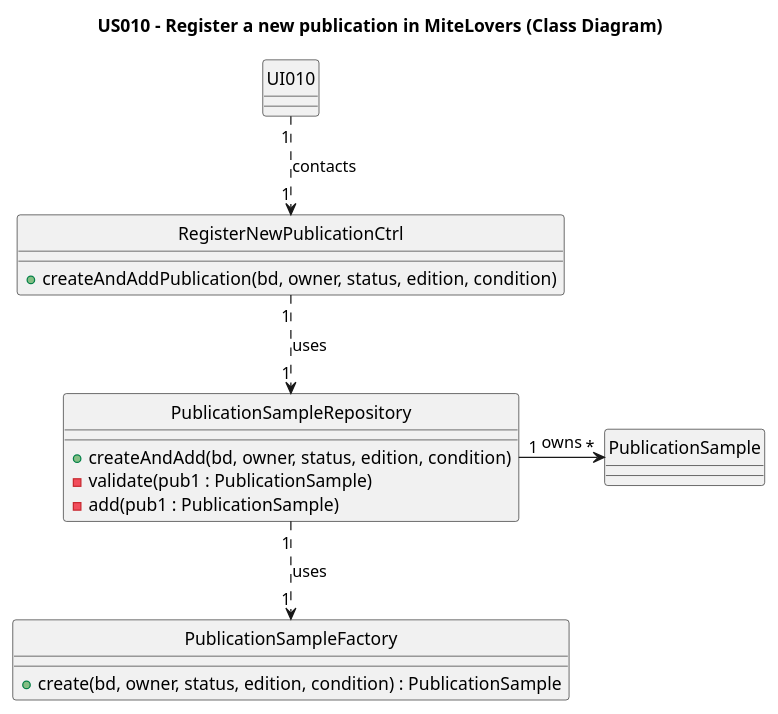
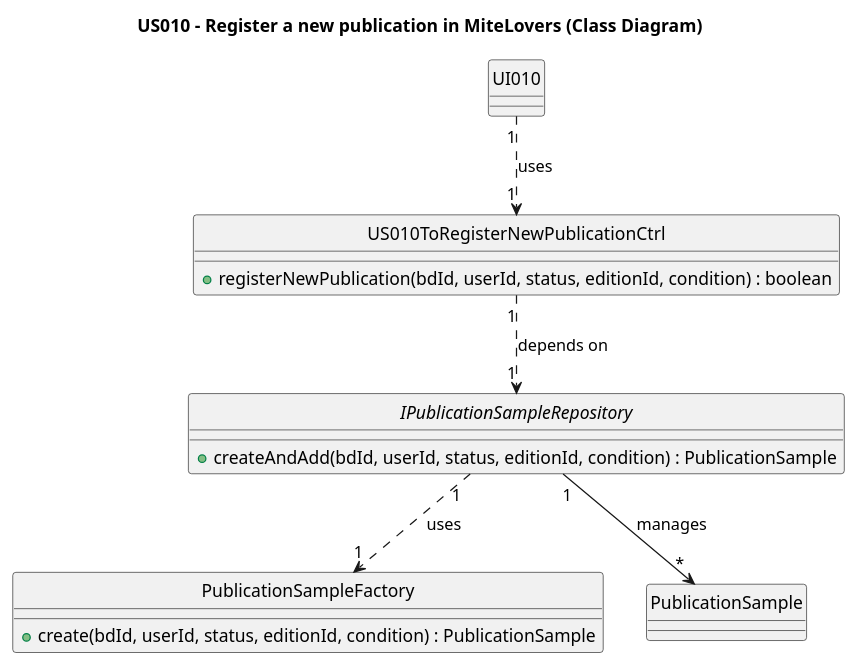
One commit to AndrePereiraGitH/SWitCH-Project-Team_A changed the diagram in Diagrams/ClassDiagrams/US010-to-register-a-publication-to-add-to-library.puml. Above: the diagram before and after it, drawn with PlantUML. The commit also changed 1 other file, not shown here.

Commit message:
Docs #561 (US010): updated SD and CD diagrams to reflect DDD refactoring

```diff
--- a/Diagrams/ClassDiagrams/US010-to-register-a-publication-to-add-to-library.puml
+++ b/Diagrams/ClassDiagrams/US010-to-register-a-publication-to-add-to-library.puml
@@ -1,31 +1,32 @@
 @startuml
 title US010 - Register a new publication in MiteLovers (Class Diagram)
 
 hide circle
 
 class UI010 {
 }
 
-class RegisterNewPublicationCtrl {
-  +createAndAddPublication(bd, owner, status, edition, condition)
+class US010ToRegisterNewPublicationCtrl {
+  +registerNewPublication(bdId, userId, status, editionId, condition) : boolean
 }
 
-class PublicationSampleRepository {
-  +createAndAdd(bd, owner, status, edition, condition)
-  -validate(pub1 : PublicationSample)
-  -add(pub1 : PublicationSample)
+interface IPublicationSampleRepository {
+  +createAndAdd(bdId, userId, status, editionId, condition) : PublicationSample
 }
 
 class PublicationSampleFactory {
-  +create(bd, owner, status, edition, condition) : PublicationSample
+  +create(bdId, userId, status, editionId, condition) : PublicationSample
 }
 
 class PublicationSample {
 }
 
-UI010 "1" ..> "1" RegisterNewPublicationCtrl : contacts
-RegisterNewPublicationCtrl "1" ..> "1" PublicationSampleRepository : uses
-PublicationSampleRepository "1" ..> "1" PublicationSampleFactory : uses
-PublicationSampleRepository "1" -> "*" PublicationSample : owns
+UI010 "1" ..> "1" US010ToRegisterNewPublicationCtrl : uses
+
+US010ToRegisterNewPublicationCtrl "1" ..> "1" IPublicationSampleRepository : depends on
+
+IPublicationSampleRepository "1" ..> "1" PublicationSampleFactory : uses
+
+IPublicationSampleRepository "1" --> "*" PublicationSample : manages
 
 @enduml
```
